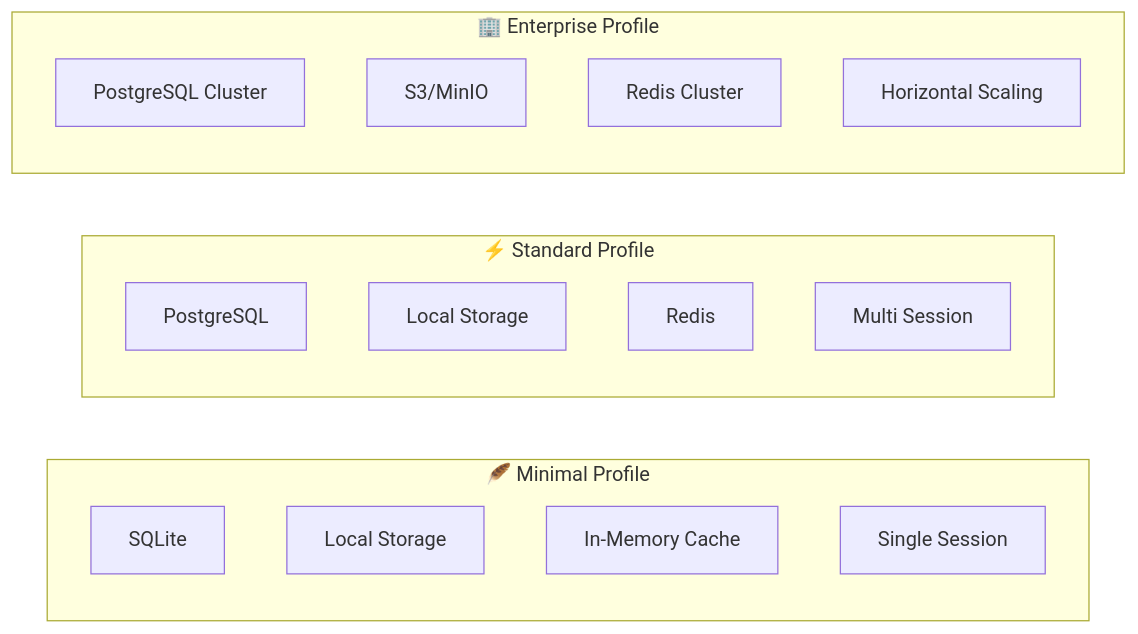
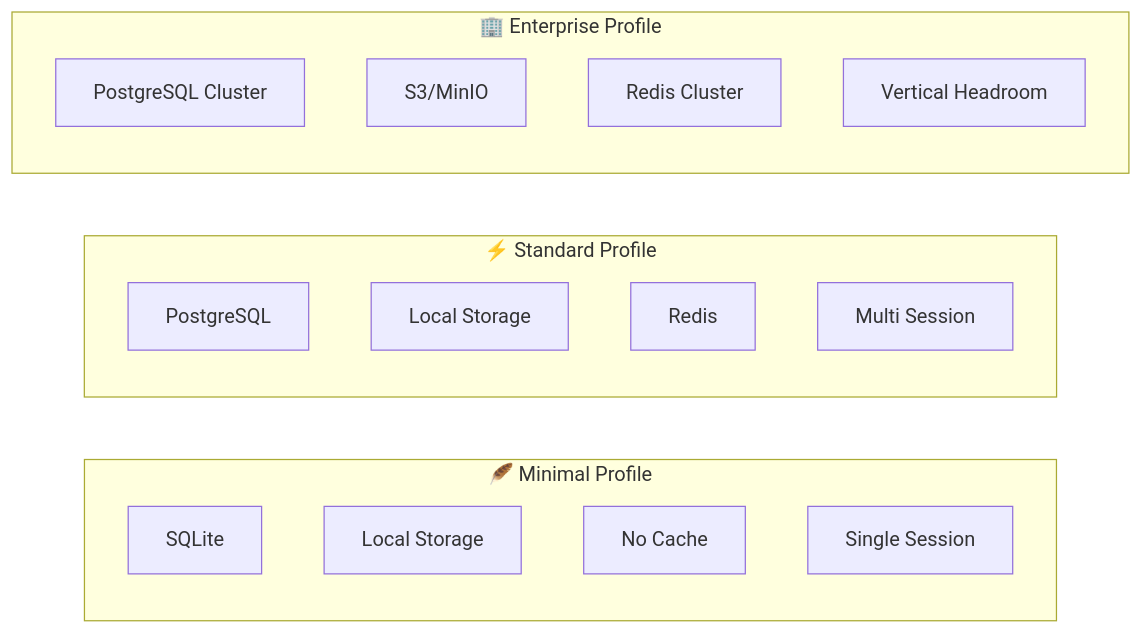
One commit to Carnaval-Team/VentIQ-seller-App changed diagram 24 of 24 in ventiq_admin_app/docs_wapi/03-system-architecture.md. Above: the diagram before and after it, drawn with Mermaid. The commit also changed other lines of this file and 39 other files, not shown here.

````diff
--- a/ventiq_admin_app/docs_wapi/03-system-architecture.md
+++ b/ventiq_admin_app/docs_wapi/03-system-architecture.md
@@ -1706,23 +1495,23 @@
 ```mermaid
 flowchart LR
     subgraph Minimal["🪶 Minimal Profile"]
         M1[SQLite]
         M2[Local Storage]
-        M3[In-Memory Cache]
+        M3[No Cache]
         M4[Single Session]
     end
 
     subgraph Standard["⚡ Standard Profile"]
         S1[PostgreSQL]
         S2[Local Storage]
         S3[Redis]
         S4[Multi Session]
     end
 
     subgraph Enterprise["🏢 Enterprise Profile"]
         E1[PostgreSQL Cluster]
         E2[S3/MinIO]
         E3[Redis Cluster]
-        E4[Horizontal Scaling]
+        E4[Vertical Headroom]
     end
 ```
````
